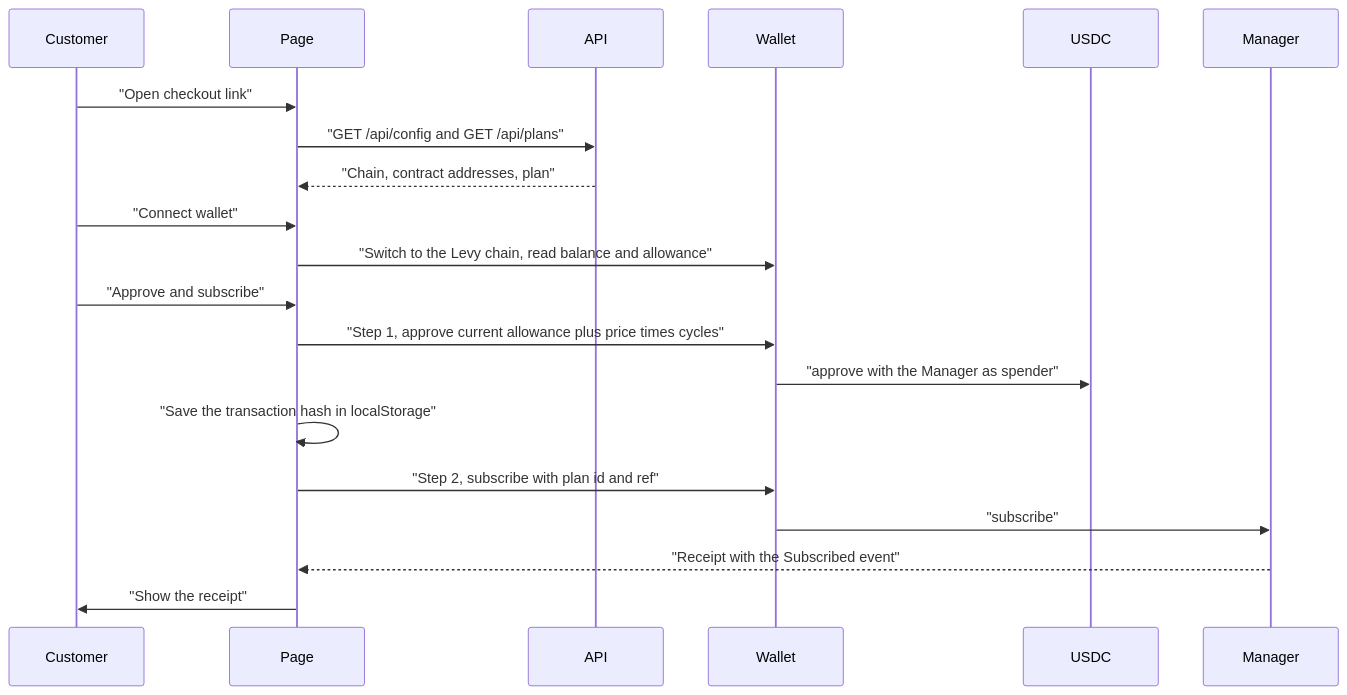
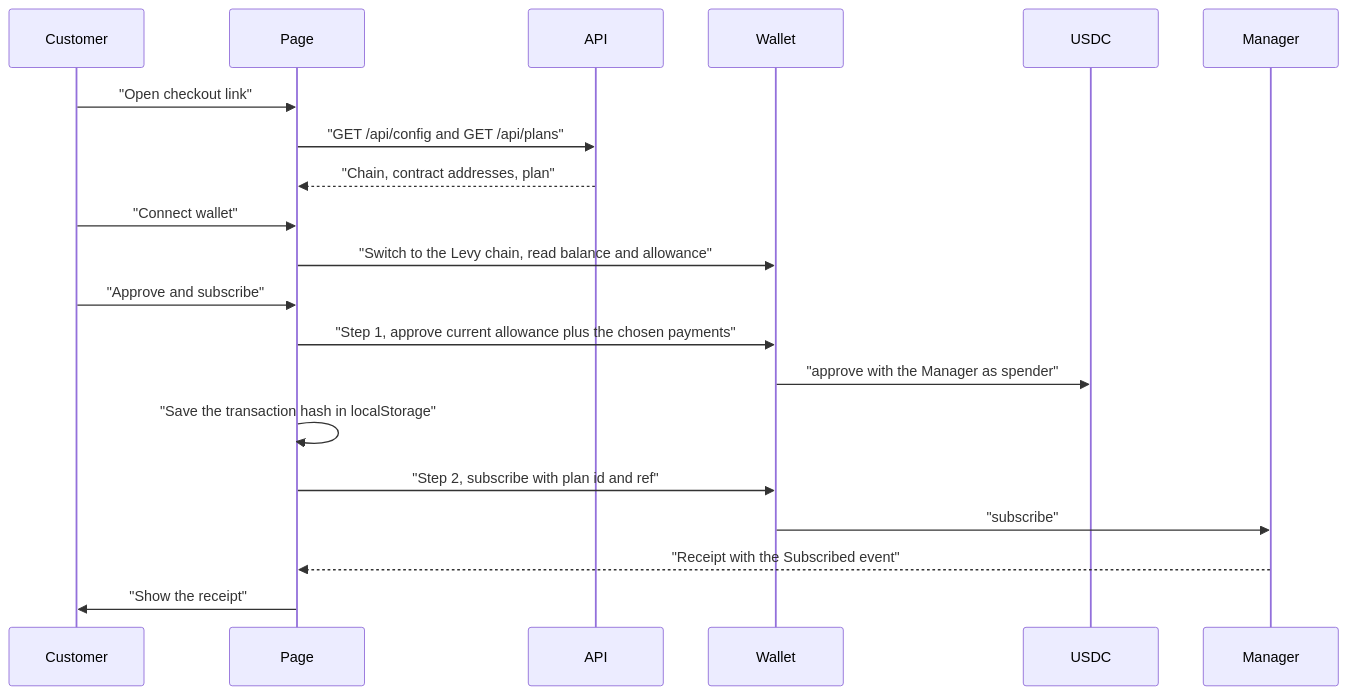
One commit to RunTimeAdmin/levy changed the first of 2 diagrams in docs/wiki/Dashboard-Portal-and-Checkout.md. Above: the diagram before and after it, drawn with Mermaid. The commit also changed other lines of this file and 50 other files, not shown here.

````diff
--- a/docs/wiki/Dashboard-Portal-and-Checkout.md
+++ b/docs/wiki/Dashboard-Portal-and-Checkout.md
@@ -56,22 +69,22 @@
 ```mermaid
 sequenceDiagram
     participant Customer
     participant Page
     participant API
     participant Wallet
     participant USDC
     participant Manager
     Customer->>Page: "Open checkout link"
     Page->>API: "GET /api/config and GET /api/plans"
     API-->>Page: "Chain, contract addresses, plan"
     Customer->>Page: "Connect wallet"
     Page->>Wallet: "Switch to the Levy chain, read balance and allowance"
     Customer->>Page: "Approve and subscribe"
-    Page->>Wallet: "Step 1, approve current allowance plus price times cycles"
+    Page->>Wallet: "Step 1, approve current allowance plus the chosen payments"
     Wallet->>USDC: "approve with the Manager as spender"
     Page->>Page: "Save the transaction hash in localStorage"
     Page->>Wallet: "Step 2, subscribe with plan id and ref"
     Wallet->>Manager: "subscribe"
     Manager-->>Page: "Receipt with the Subscribed event"
     Page->>Customer: "Show the receipt"
 ```
````
